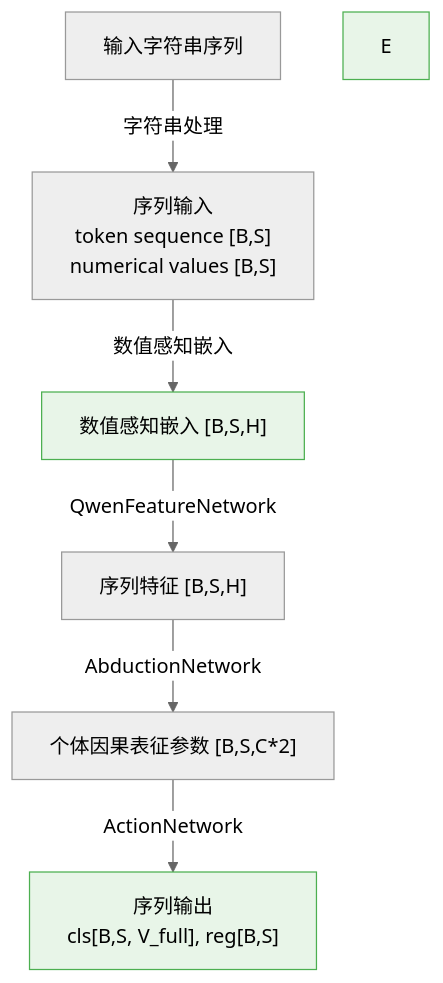
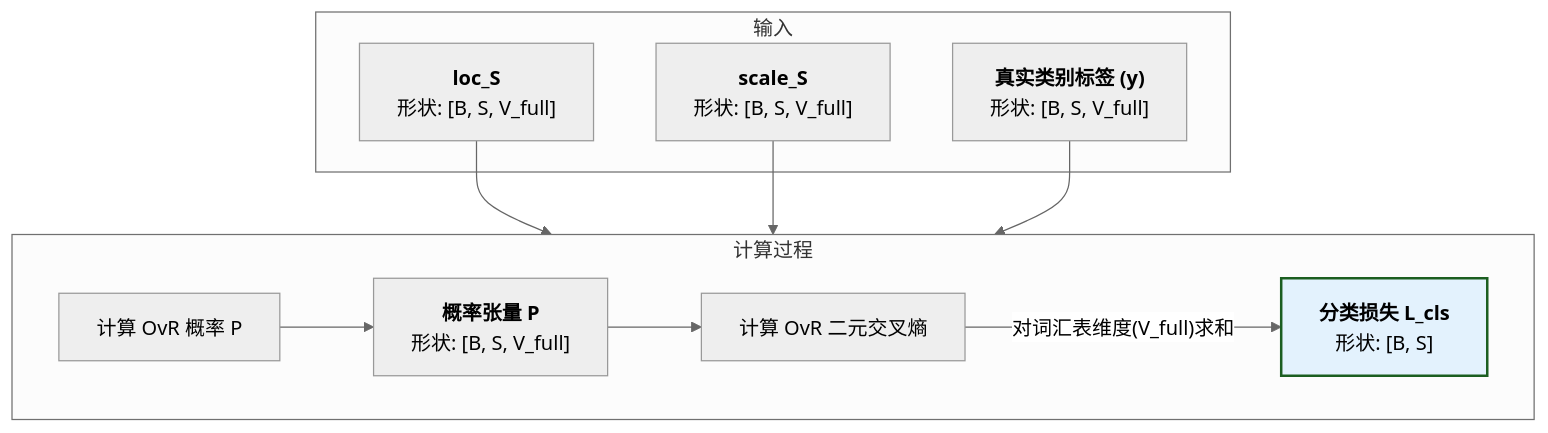
Before and after one commit to 1587causalai/CausalQwen: the fifth of 7 diagrams in docs/mathematical_foundations.md, drawn with Mermaid (neutral theme). The commit also changed other lines of this file, not shown here.

````diff
--- a/docs/mathematical_foundations.md
+++ b/docs/mathematical_foundations.md
@@ -25,13 +407,22 @@
 ```mermaid
-graph TB
-    A["输入字符串序列"] -- 字符串处理 --> B["序列输入<br> token sequence [B,S] <br> numerical values [B,S]"]
-    B -- 数值感知嵌入 --> C["数值感知嵌入 [B,S,H]"]
-    C -- "QwenFeatureNetwork" --> D["序列特征 [B,S,H]"]
-    D -- "AbductionNetwork" --> F["个体因果表征参数 [B,S,C*2]"]
-    F -- "ActionNetwork" --> G["序列输出 <br> cls[B,S, V_full], reg[B,S]"]
+graph TD
+    subgraph "输入"
+        A["<b>loc_S</b><br>形状: [B, S, V_full]"]
+        B["<b>scale_S</b><br>形状: [B, S, V_full]"]
+        C["<b>真实类别标签 (y)</b><br>形状: [B, S, V_full]"]
+    end
+
+    D[计算 OvR 概率 P]
+    A & B --> D
     
+    subgraph "计算过程"
+        direction LR
+        D --> E["<b>概率张量 P</b><br>形状: [B, S, V_full]"]
+        E & C --> F["计算 OvR 二元交叉熵"]
+        F -- "对词汇表维度(V_full)求和" --> G
+    end
+
+    G["<b>分类损失 L_cls</b><br>形状: [B, S]"]
     
-    style C fill:#e8f5e8,stroke:#4caf50
-    style E fill:#e8f5e8,stroke:#4caf50
-    style G fill:#e8f5e8,stroke:#4caf50
+    style G fill:#e3f2fd,stroke:#1b5e20,stroke-width:2px
 ```
````
